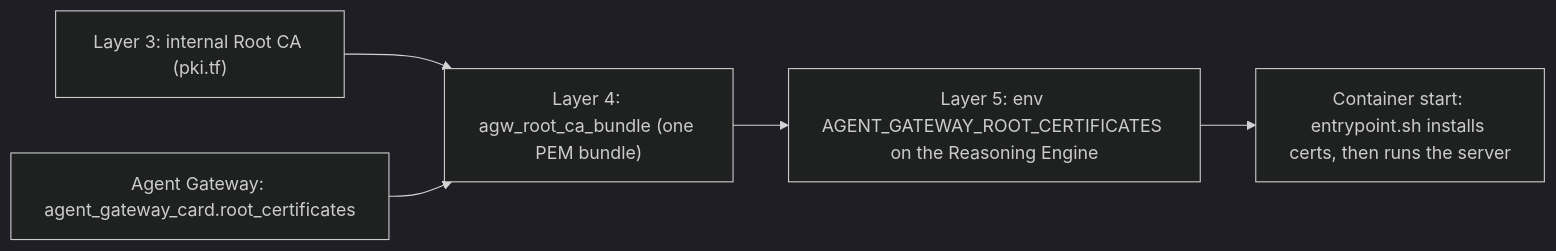
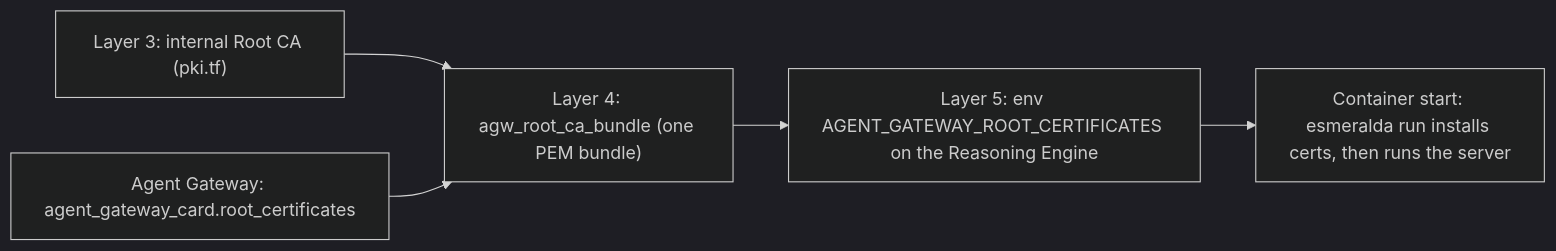
Before and after one commit to google/esmeralda: the fourth of 4 diagrams in docs/src/3-agentops-and-lifecycle/01-central-agent-gateway.md, drawn with Mermaid (dark theme). The commit also changed other lines of this file and 61 other files, not shown here.

````diff
--- a/docs/src/3-agentops-and-lifecycle/01-central-agent-gateway.md
+++ b/docs/src/3-agentops-and-lifecycle/01-central-agent-gateway.md
@@ -397,8 +397,8 @@
 ```mermaid
 flowchart LR
     L3["Layer 3: internal Root CA (pki.tf)"] --> L4
     AGWC["Agent Gateway: agent_gateway_card.root_certificates"] --> L4
     L4["Layer 4: agw_root_ca_bundle (one PEM bundle)"] --> L5
     L5["Layer 5: env AGENT_GATEWAY_ROOT_CERTIFICATES on the Reasoning Engine"] --> EP
-    EP["Container start: entrypoint.sh installs certs, then runs the server"]
+    EP["Container start: esmeralda run installs certs, then runs the server"]
 ```
````
